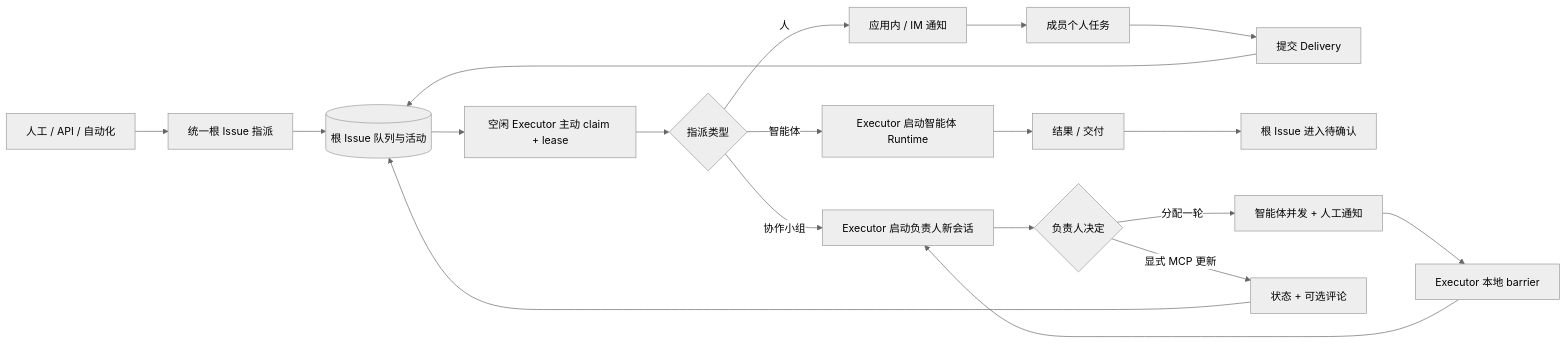
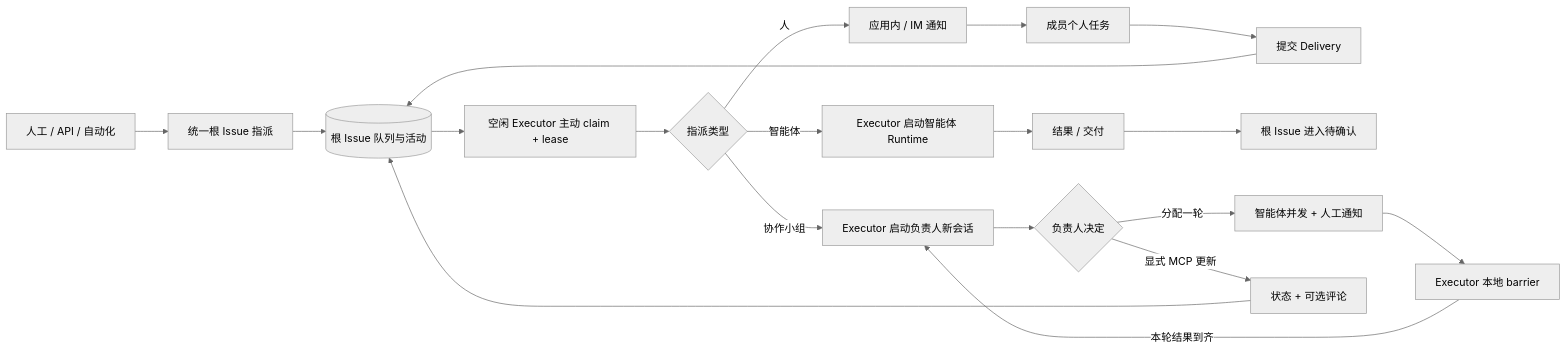
One commit to wecode-ai/wegent-docs changed the first of 4 diagrams in i18n/zh/docusaurus-plugin-content-docs/current/wegent/developer-guide/cloud-project-collaboration.md. Above: the diagram before and after it, drawn with Mermaid (neutral theme). The commit also changed other lines of this file and 3 other files, not shown here.

````diff
--- a/i18n/zh/docusaurus-plugin-content-docs/current/wegent/developer-guide/cloud-project-collaboration.md
+++ b/i18n/zh/docusaurus-plugin-content-docs/current/wegent/developer-guide/cloud-project-collaboration.md
@@ -138,21 +140,21 @@
 ```mermaid
 flowchart LR
     TRIGGER[人工 / API / 自动化] --> ASSIGN[统一根 Issue 指派]
     ASSIGN --> ROOT[(根 Issue 队列与活动)]
     ROOT --> CLAIM[空闲 Executor 主动 claim + lease]
     CLAIM --> KIND{指派类型}
     KIND -->|人| NOTICE[应用内 / IM 通知]
     NOTICE --> PERSONAL[成员个人任务]
     PERSONAL --> DELIVERY[提交 Delivery]
     DELIVERY --> ROOT
     KIND -->|智能体| AGENT[Executor 启动智能体 Runtime]
     AGENT --> RESULT[结果 / 交付]
     RESULT --> REVIEW[根 Issue 进入待确认]
     KIND -->|协作小组| MANAGER[Executor 启动负责人新会话]
     MANAGER --> PLAN{负责人决定}
     PLAN -->|分配一轮| BATCH[智能体并发 + 人工通知]
     BATCH --> BARRIER[Executor 本地 barrier]
-    BARRIER --> MANAGER
+    BARRIER -->|本轮结果到齐| MANAGER
     PLAN -->|显式 MCP 更新| STATUS[状态 + 可选评论]
     STATUS --> ROOT
 ```
````
